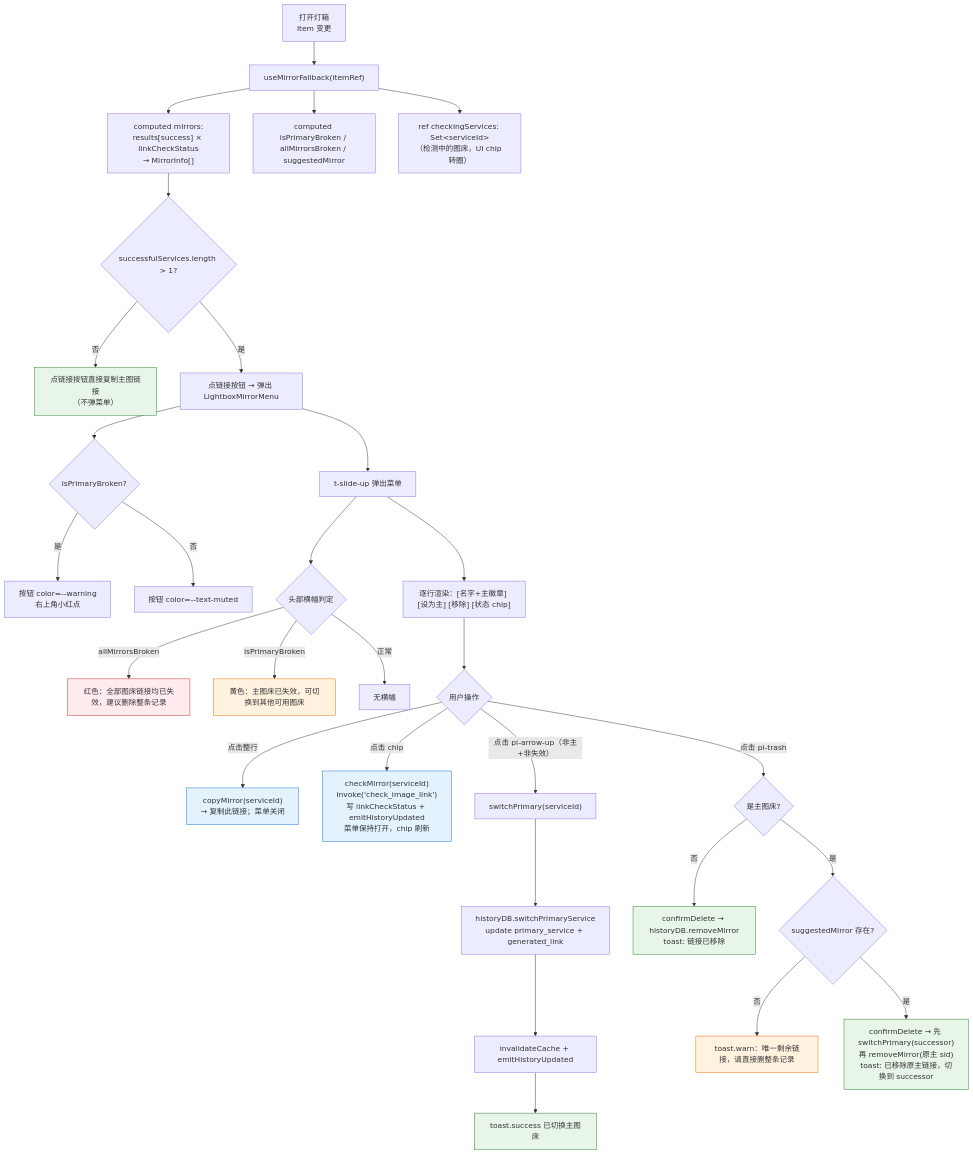
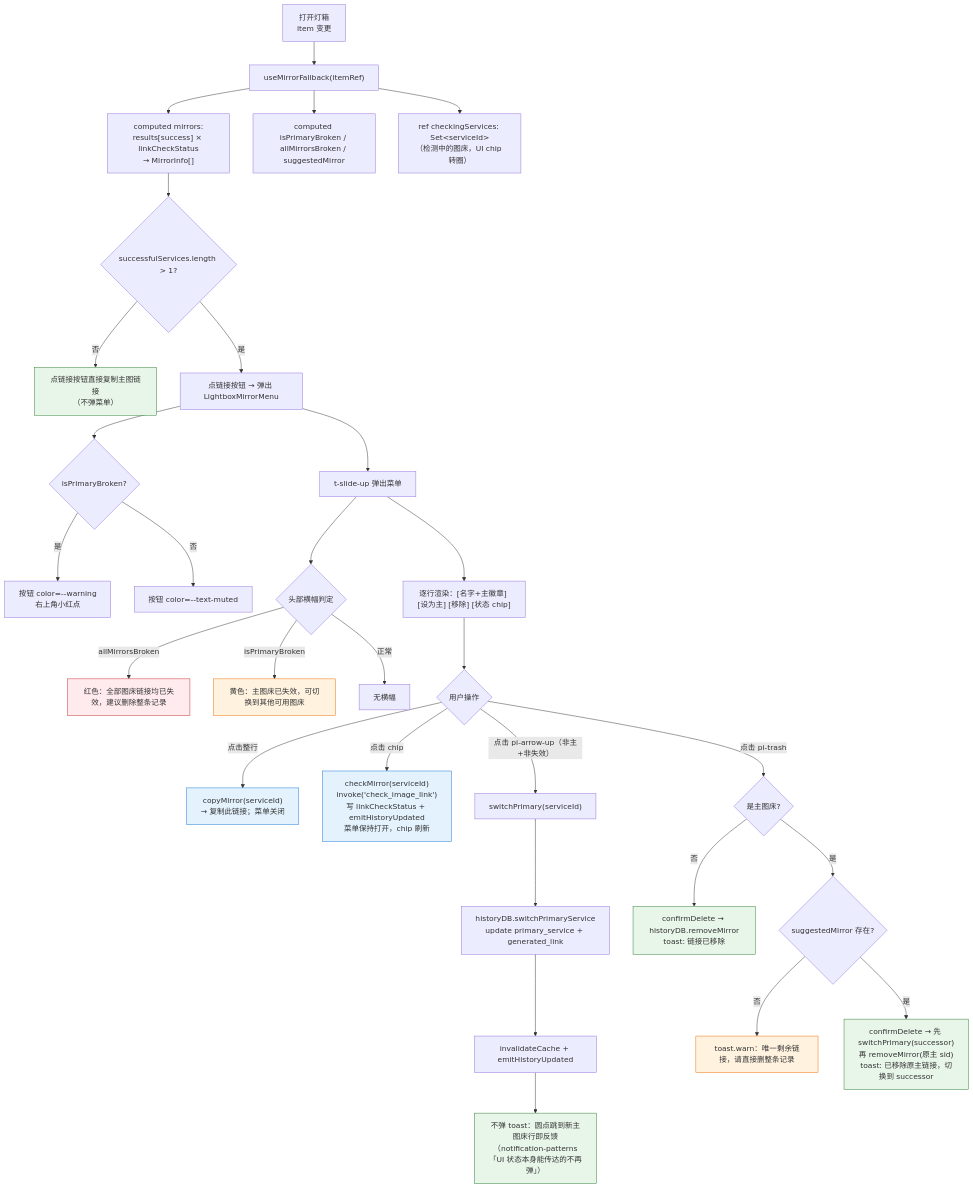
The second of 3 diagrams in docs/flows/mirror-fallback-flow.md (joeyliu6/PicNexus), drawn with Mermaid before and after one commit. The commit also changed other lines of this file, not shown here.

First line of the commit message:
docs(flows): correct mirror sync promises to match actual behavior

````diff
--- a/docs/flows/mirror-fallback-flow.md
+++ b/docs/flows/mirror-fallback-flow.md
@@ -90,48 +90,48 @@
 ```mermaid
 flowchart TD
     A["打开灯箱<br/>item 变更"] --> B["useMirrorFallback(itemRef)"]
     B --> C["computed mirrors:<br/>results[success] × linkCheckStatus<br/>→ MirrorInfo[]"]
     B --> D["computed isPrimaryBroken / allMirrorsBroken / suggestedMirror"]
     B --> D2["ref checkingServices: Set&lt;serviceId&gt;<br/>（检测中的图床，UI chip 转圈）"]
 
     C --> F{"successfulServices.length > 1?"}
     F -- 否 --> F1["点链接按钮直接复制主图链接<br/>（不弹菜单）"]
     F -- 是 --> G["点链接按钮 → 弹出 LightboxMirrorMenu"]
 
     G --> H{"isPrimaryBroken?"}
     H -- 是 --> H1["按钮 color=--warning<br/>右上角小红点"]
     H -- 否 --> H2["按钮 color=--text-muted"]
 
     G --> I["t-slide-up 弹出菜单"]
 
     I --> J{"头部横幅判定"}
     J -- allMirrorsBroken --> J1["红色：全部图床链接均已失效，建议删除整条记录"]
     J -- isPrimaryBroken --> J2["黄色：主图床已失效，可切换到其他可用图床"]
     J -- 正常 --> J3["无横幅"]
 
     I --> K["逐行渲染：[名字+主徽章] [设为主] [移除] [状态 chip]"]
     K --> L{"用户操作"}
 
     L -- 点击整行 --> CP["copyMirror(serviceId)<br/>→ 复制此链接；菜单关闭"]
     L -- 点击 chip --> CHK["checkMirror(serviceId)<br/>invoke('check_image_link')<br/>写 linkCheckStatus + emitHistoryUpdated<br/>菜单保持打开，chip 刷新"]
     L -- 点击 pi-arrow-up（非主+非失效） --> M["switchPrimary(serviceId)"]
     M --> M1["historyDB.switchPrimaryService<br/>update primary_service + generated_link"]
     M1 --> M2["invalidateCache + emitHistoryUpdated"]
-    M2 --> M3["toast.success 已切换主图床"]
+    M2 --> M3["不弹 toast：圆点跳到新主图床行即反馈<br/>（notification-patterns「UI 状态本身能传达的不再弹」）"]
 
     L -- 点击 pi-trash --> N{"是主图床?"}
     N -- 否 --> N1["confirmDelete → historyDB.removeMirror<br/>toast: 链接已移除"]
     N -- 是 --> N2{"suggestedMirror 存在?"}
     N2 -- 否 --> N2E["toast.warn：唯一剩余链接，请直接删整条记录"]
     N2 -- 是 --> N3["confirmDelete → 先 switchPrimary(successor)<br/>再 removeMirror(原主 sid)<br/>toast: 已移除原主链接，切换到 successor"]
 
     style F1 fill:#e8f5e9,stroke:#2e7d32
     style J1 fill:#ffebee,stroke:#c62828
     style J2 fill:#fff3e0,stroke:#ef6c00
     style M3 fill:#e8f5e9,stroke:#2e7d32
     style N1 fill:#e8f5e9,stroke:#2e7d32
     style N3 fill:#e8f5e9,stroke:#2e7d32
     style N2E fill:#fff3e0,stroke:#ef6c00
     style CP fill:#e3f2fd,stroke:#1976d2
     style CHK fill:#e3f2fd,stroke:#1976d2
 ```
````
